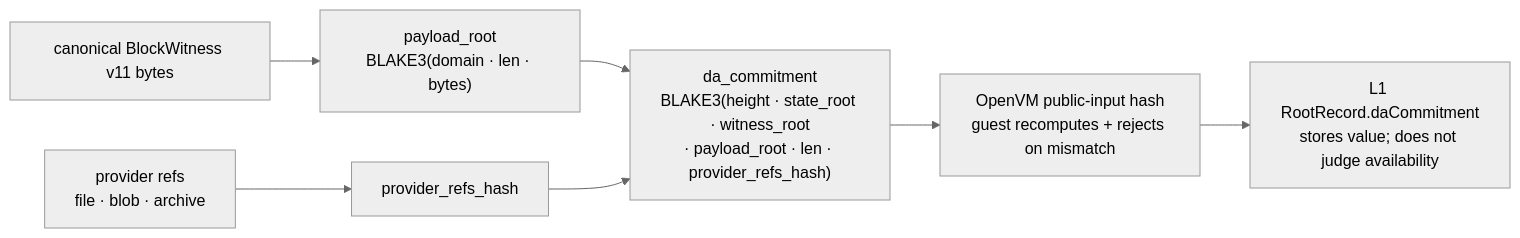
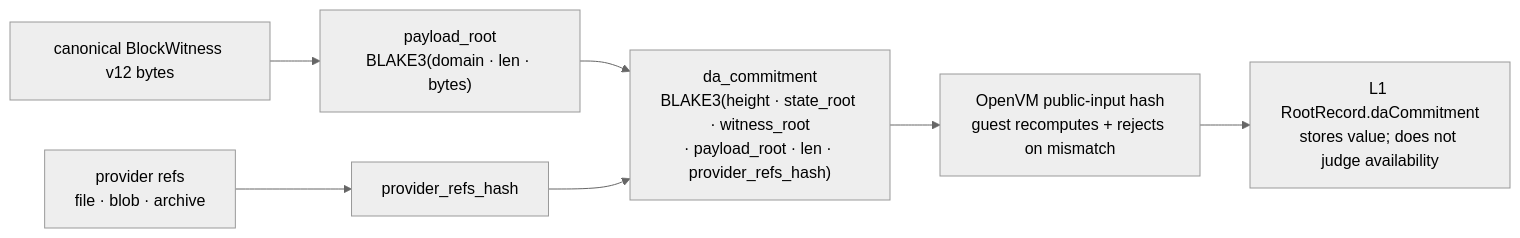
The diagram in docs/architecture/04-verification/Data Availability.md (MetaB0y/sybil), drawn with Mermaid (neutral theme) before and after one commit. The commit also changed other lines of this file and 55 other files, not shown here.

````diff
--- a/docs/architecture/04-verification/Data Availability.md
+++ b/docs/architecture/04-verification/Data Availability.md
@@ -79,9 +79,9 @@
 ```mermaid
 flowchart LR
-    WIT["canonical BlockWitness v11 bytes"] --> PR["payload_root<br/>BLAKE3(domain · len · bytes)"]
+    WIT["canonical BlockWitness v12 bytes"] --> PR["payload_root<br/>BLAKE3(domain · len · bytes)"]
     REFS["provider refs<br/>file · blob · archive"] --> PRH["provider_refs_hash"]
     PR --> DAC["da_commitment<br/>BLAKE3(height · state_root · witness_root<br/>· payload_root · len · provider_refs_hash)"]
     PRH --> DAC
     DAC --> PIH["OpenVM public-input hash<br/>guest recomputes + rejects on mismatch"]
     PIH --> L1["L1 RootRecord.daCommitment<br/>stores value; does not judge availability"]
 ```
````
